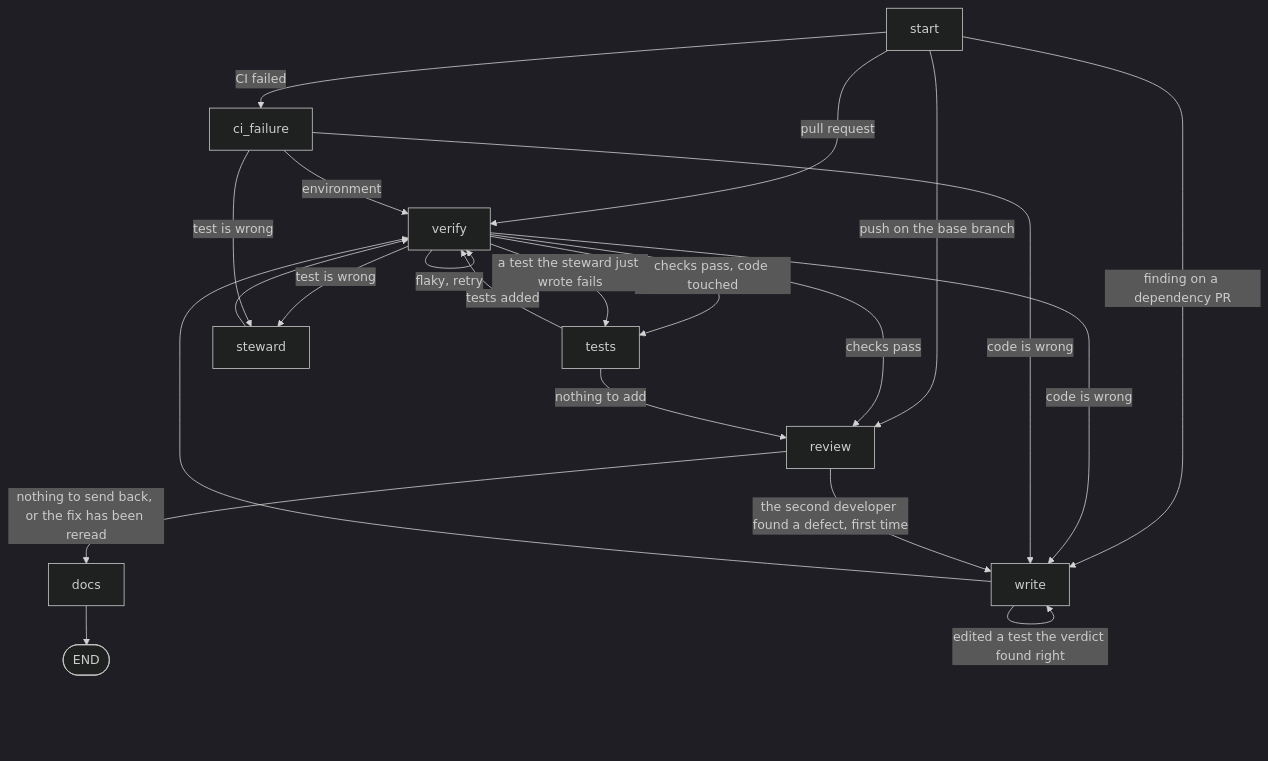
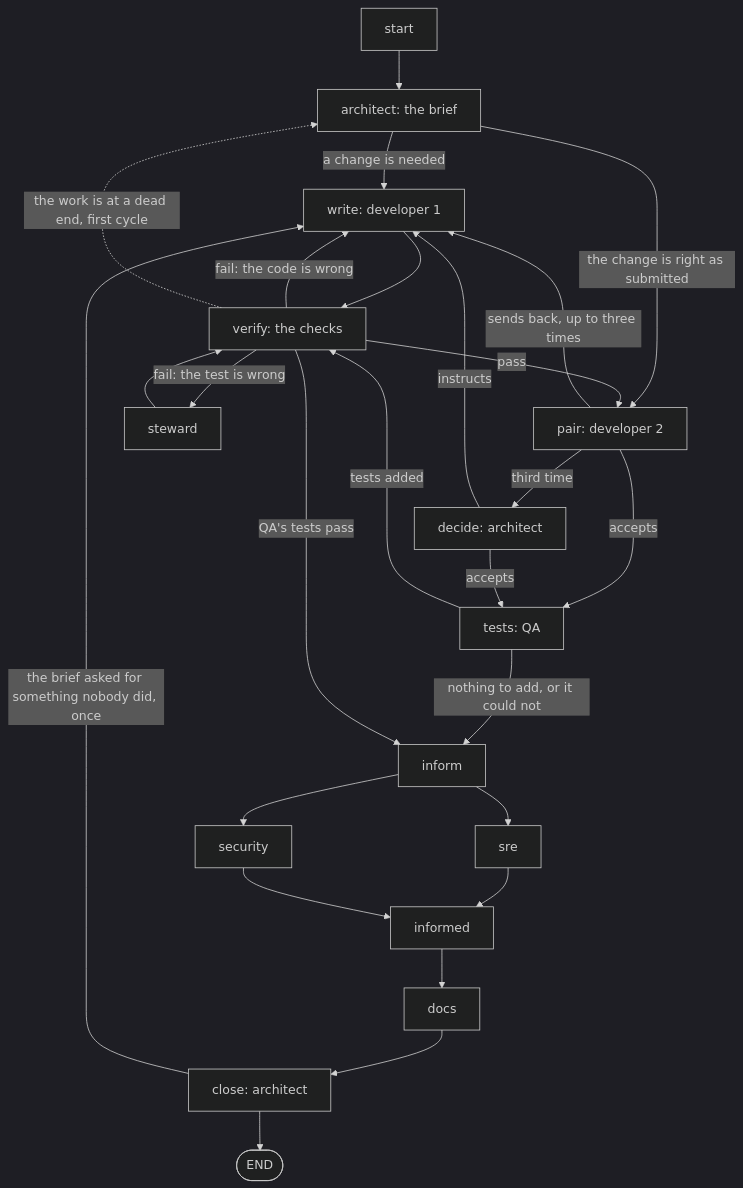
Before and after one commit to lorenzogirardi/ci-shared: the first of 2 diagrams in docs/architecture.md, drawn with Mermaid (dark theme). The commit also changed other lines of this file and 22 other files, not shown here.

````diff
--- a/docs/architecture.md
+++ b/docs/architecture.md
@@ -59,25 +61,28 @@
 ```mermaid
 flowchart TD
-    S[start]
-    S -->|pull request| V[verify]
-    S -->|CI failed| C[ci_failure]
-    S -->|push on the base branch| R[review]
-    S -->|finding on a dependency PR| W[write]
-    W --> V
-    W -->|edited a test the verdict found right| W
-    V -->|checks pass, code touched| T[tests]
-    V -->|checks pass| R
-    V -->|code is wrong| W
-    V -->|test is wrong| ST[steward]
-    V -->|flaky, retry| V
-    V -->|a test the steward just wrote fails| T
+    S[start] --> A[architect: the brief]
+    A -->|a change is needed| W[write: developer 1]
+    A -->|the change is right as submitted| P[pair: developer 2]
+    W --> V[verify: the checks]
+    V -->|fail: the code is wrong| W
+    V -->|fail: the test is wrong| ST[steward]
+    ST --> V
+    V -->|pass| P
+    P -->|sends back, up to three times| W
+    P -->|third time| DE[decide: architect]
+    DE -->|instructs| W
+    P -->|accepts| T[tests: QA]
+    DE -->|accepts| T
     T -->|tests added| V
-    T -->|nothing to add| R
-    ST --> V
-    C -->|code is wrong| W
-    C -->|test is wrong| ST
-    C -->|environment| V
-    R -->|the second developer found a defect, first time| W
-    R -->|nothing to send back, or the fix has been reread| D[docs]
-    D --> E([END])
+    T -->|nothing to add, or it could not| I[inform]
+    V -->|QA's tests pass| I
+    I --> SRE[sre]
+    I --> SEC[security]
+    SRE --> IN[informed]
+    SEC --> IN
+    IN --> D[docs]
+    D --> C[close: architect]
+    C -->|the brief asked for something nobody did, once| W
+    C --> E([END])
+    V -.->|the work is at a dead end, first cycle| A
 ```
````
